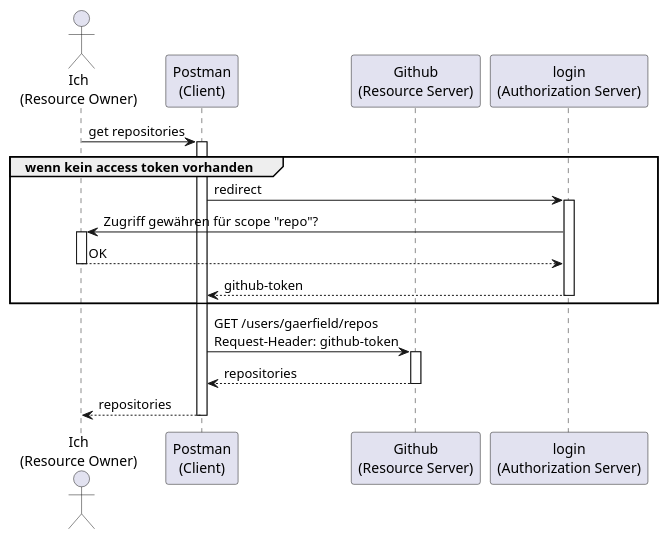
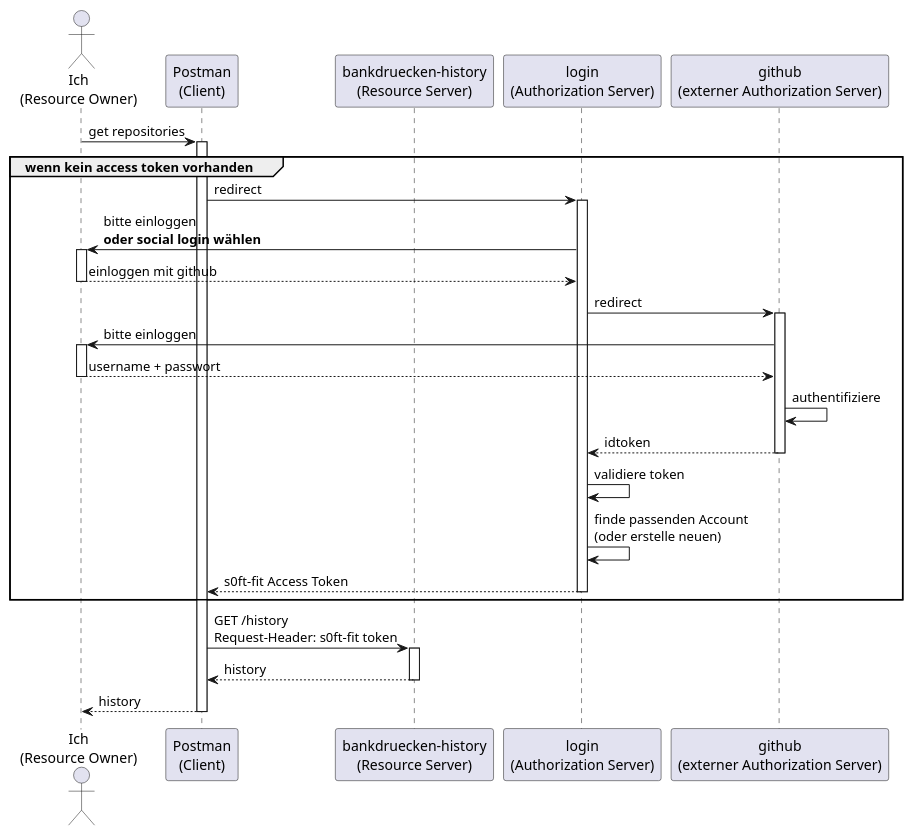
Before and after one commit to gaerfield/2021-08-oauth2-talk: the third of 3 diagrams in 4_openid_connect.md, drawn with PlantUML. The commit also changed other lines of this file and 3 other files, not shown here.

````diff
--- a/4_openid_connect.md
+++ b/4_openid_connect.md
@@ -70,19 +74,25 @@
 ```puml
-
 Actor "Ich\n(Resource Owner)" as reso
 participant "Postman\n(Client)" as client
-participant "Github\n(Resource Server)" as ress
-
+participant "bankdruecken-history\n(Resource Server)" as ress
 participant "login\n(Authorization Server)" as auth
+participant "github\n(externer Authorization Server)" as gauth
 
 reso -> client++ : get repositories
 group wenn kein access token vorhanden
 client -> auth++ : redirect
-auth -> reso++ : Zugriff gewähren für scope "repo"?
-return OK
-return github-token
+auth -> reso++ : bitte einloggen\n**oder social login wählen**
+return einloggen mit github
+auth -> gauth++ : redirect
+gauth -> reso++ : bitte einloggen
+return username + passwort
+gauth -> gauth : authentifiziere
+return idtoken
+auth -> auth : validiere token
+auth -> auth : finde passenden Account\n(oder erstelle neuen)
+return s0ft-fit Access Token
 end
-client -> ress++ : GET /users/gaerfield/repos\nRequest-Header: github-token
-return repositories
-return repositories
+client -> ress++ : GET /history\nRequest-Header: s0ft-fit token
+return history
+return history
 ```
````
